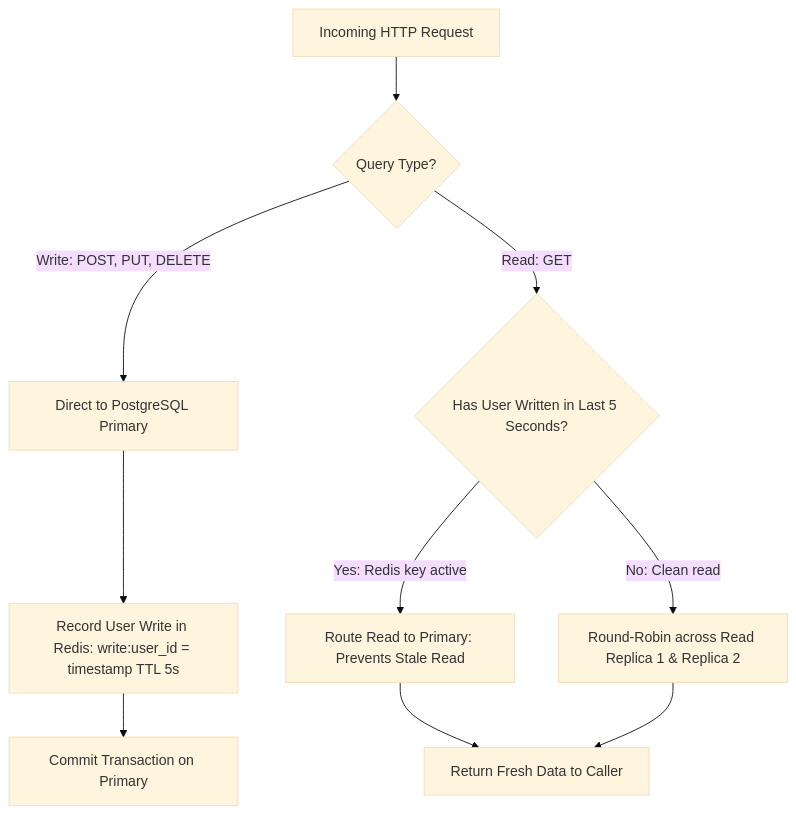
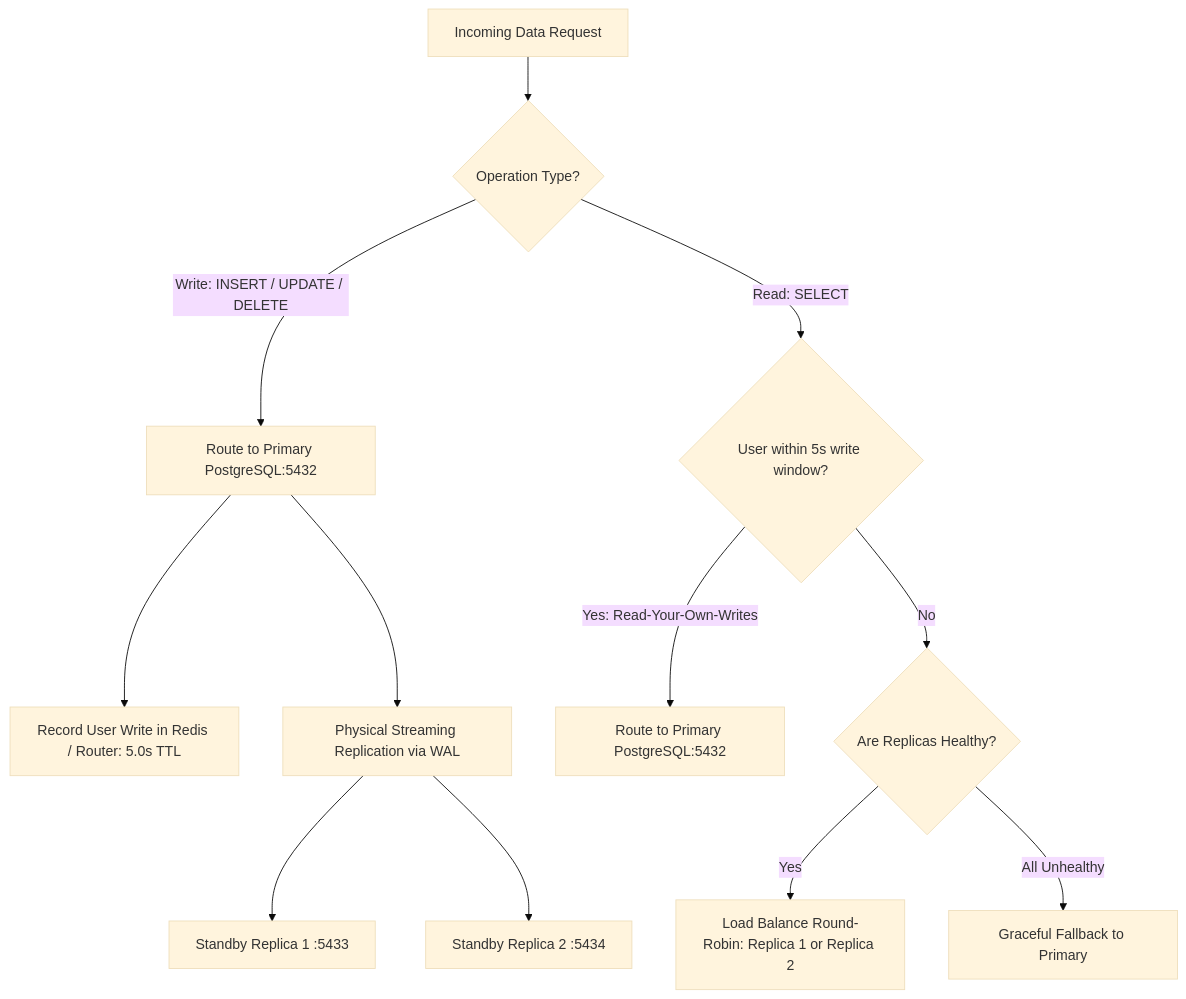
One commit to theCursedDevil/University-Knowledge-Assistant changed the third of 3 diagrams in docs/architecture.md. Above: the diagram before and after it, drawn with Mermaid (base theme). The commit also changed other lines of this file and 9 other files, not shown here.

````diff
--- a/docs/architecture.md
+++ b/docs/architecture.md
@@ -262,14 +120,16 @@
 ```mermaid
 flowchart TD
-    Req[Incoming HTTP Request] --> CheckMethod{Query Type?}
-    CheckMethod -->|Write: POST, PUT, DELETE| WritePath[Direct to PostgreSQL Primary]
-    WritePath --> SetTTL[Record User Write in Redis: write:user_id = timestamp TTL 5s]
-    SetTTL --> CommitWrite[Commit Transaction on Primary]
+    Req[Incoming Data Request] --> CheckOp{Operation Type?}
     
-    CheckMethod -->|Read: GET| CheckFreshness{Has User Written in Last 5 Seconds?}
-    CheckFreshness -->|Yes: Redis key active| RoutePrimary[Route Read to Primary: Prevents Stale Read]
-    CheckFreshness -->|No: Clean read| RouteReplica[Round-Robin across Read Replica 1 & Replica 2]
+    CheckOp -->|Write: INSERT / UPDATE / DELETE| WritePrimary[Route to Primary PostgreSQL:5432]
+    WritePrimary --> RecordWindow[Record User Write in Redis / Router: 5.0s TTL]
+    WritePrimary --> WALStream[Physical Streaming Replication via WAL]
+    WALStream --> Rep1[Standby Replica 1 :5433]
+    WALStream --> Rep2[Standby Replica 2 :5434]
     
-    RoutePrimary --> ReturnData[Return Fresh Data to Caller]
-    RouteReplica --> ReturnData
+    CheckOp -->|Read: SELECT| CheckSticky{User within 5s write window?}
+    CheckSticky -->|Yes: Read-Your-Own-Writes| RoutePrimary[Route to Primary PostgreSQL:5432]
+    CheckSticky -->|No| CheckHealth{Are Replicas Healthy?}
+    CheckHealth -->|Yes| RoundRobin[Load Balance Round-Robin: Replica 1 or Replica 2]
+    CheckHealth -->|All Unhealthy| FallbackPrimary[Graceful Fallback to Primary]
 ```
````
